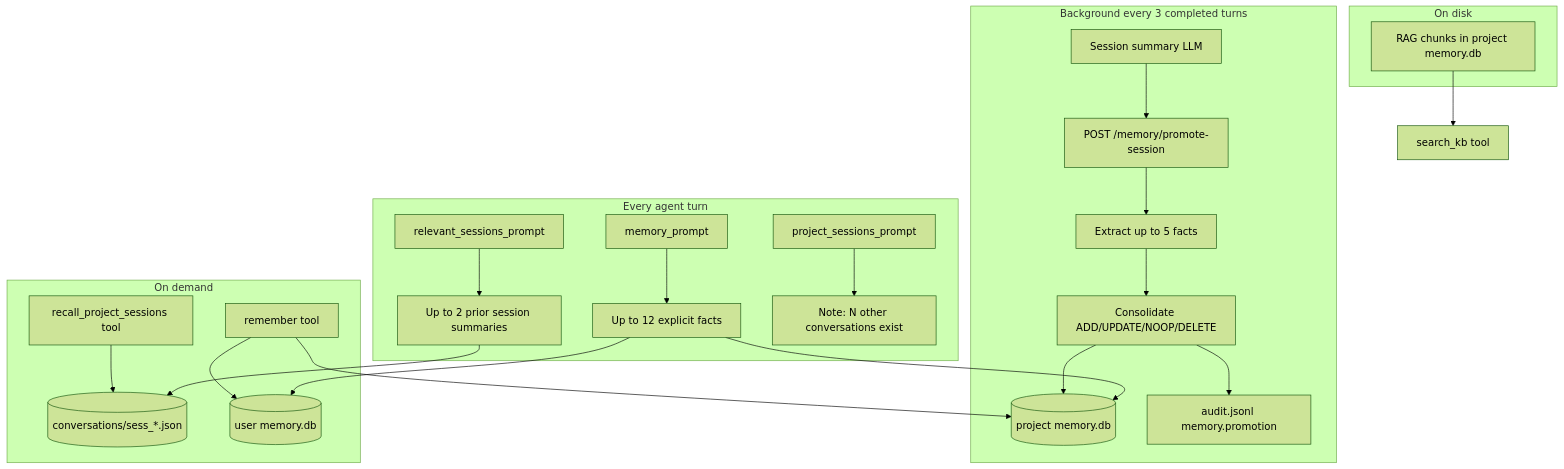
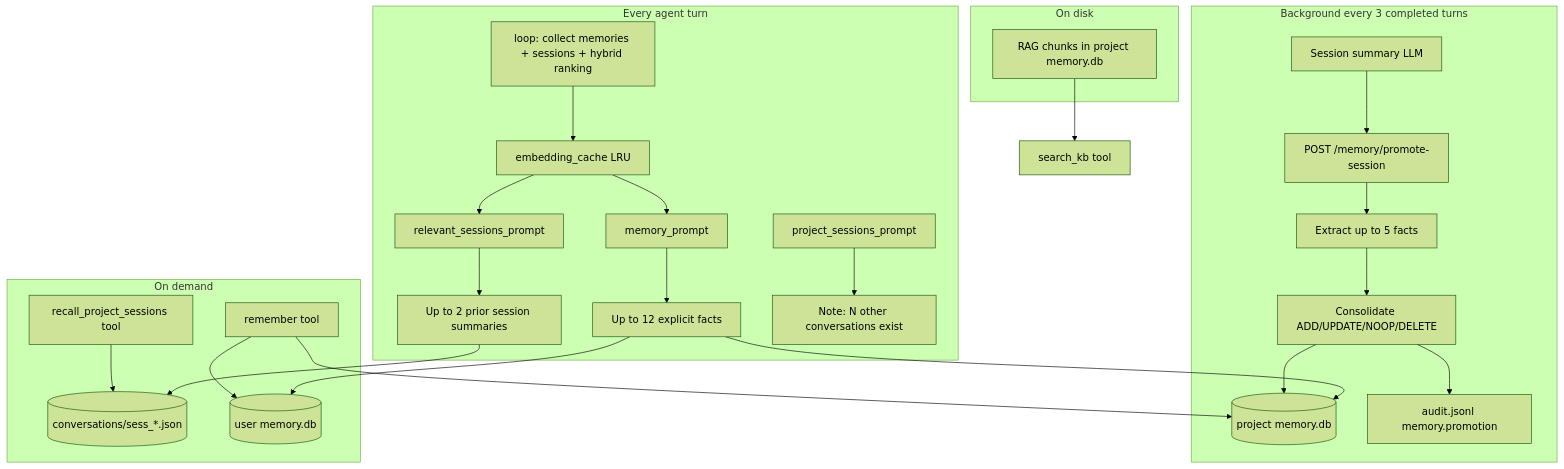
One commit to Improba/workproba changed the diagram in docs/memory.md. Above: the diagram before and after it, drawn with Mermaid (forest theme). The commit also changed other lines of this file and 31 other files, not shown here.

````diff
--- a/docs/memory.md
+++ b/docs/memory.md
@@ -32,41 +32,44 @@
 ```mermaid
 flowchart TB
     subgraph per_turn [Every agent turn]
-        MP[memory_prompt]
-        RS[relevant_sessions_prompt]
+        PREP[loop: collect memories + sessions + hybrid ranking]
+        CACHE[embedding_cache LRU]
+        PREP --> CACHE
+        CACHE --> MP[memory_prompt]
+        CACHE --> RS[relevant_sessions_prompt]
         PS[project_sessions_prompt]
         MP --> InjectFacts[Up to 12 explicit facts]
         RS --> InjectSummaries[Up to 2 prior session summaries]
         PS --> InjectNote[Note: N other conversations exist]
     end
 
     subgraph background [Background every 3 completed turns]
         SUM[Session summary LLM]
         PROM[POST /memory/promote-session]
         SUM --> PROM
         PROM --> EXT[Extract up to 5 facts]
         EXT --> CONS[Consolidate ADD/UPDATE/NOOP/DELETE]
         CONS --> PDB[(project memory.db)]
         CONS --> AUDIT[audit.jsonl memory.promotion]
     end
 
     subgraph on_demand [On demand]
         REC[recall_project_sessions tool]
         REM[remember tool]
         REC --> SESS[(conversations/sess_*.json)]
         REM --> PDB
         REM --> UDB[(user memory.db)]
     end
 
     subgraph storage [On disk]
         UDB
         PDB
         SESS
         RAG[RAG chunks in project memory.db]
     end
 
     InjectFacts --> UDB
     InjectFacts --> PDB
     InjectSummaries --> SESS
     RAG --> search_kb[search_kb tool]
 ```
````
